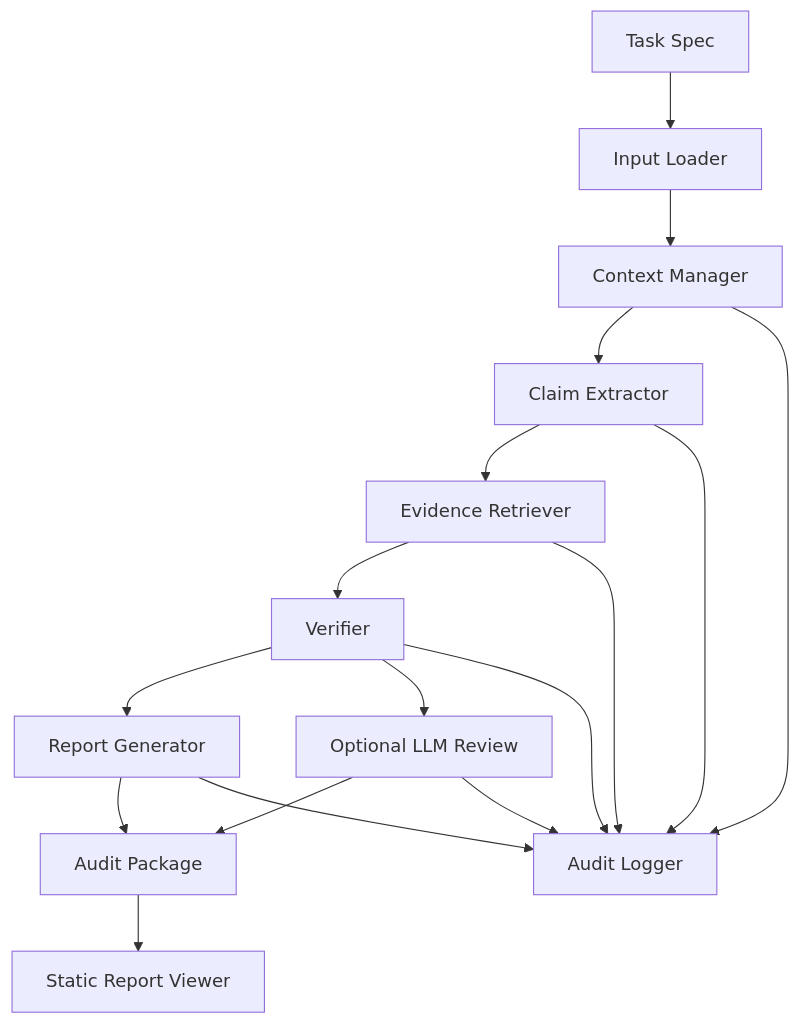
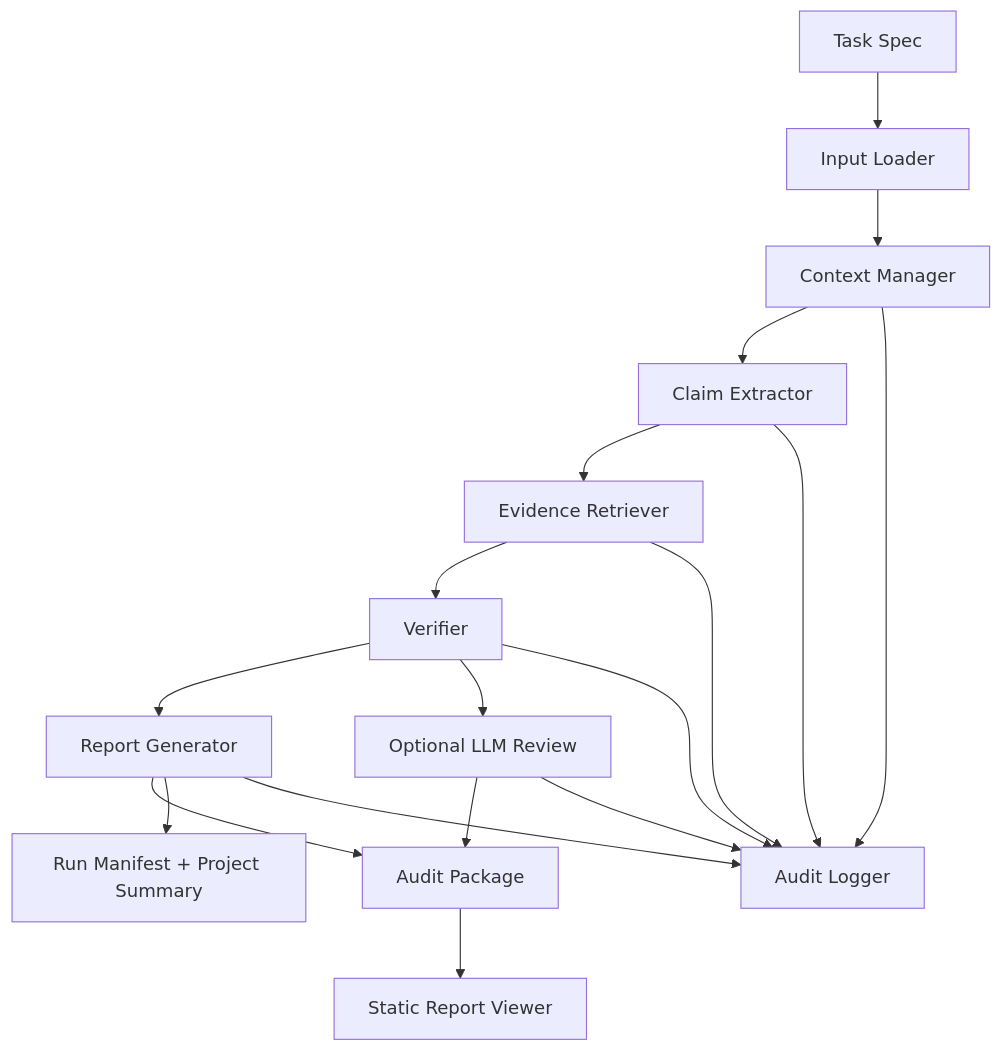
The diagram in docs/architecture.md (RubyYii/ClaimHarness), drawn with Mermaid before and after one commit. The commit also changed other lines of this file and 76 other files, not shown here.

````diff
--- a/docs/architecture.md
+++ b/docs/architecture.md
@@ -7,19 +7,20 @@
 ```mermaid
 flowchart TD
     A["Task Spec"] --> B["Input Loader"]
     B --> C["Context Manager"]
     C --> D["Claim Extractor"]
     D --> E["Evidence Retriever"]
     E --> F["Verifier"]
     F --> G["Report Generator"]
     G --> H["Audit Package"]
+    G --> L["Run Manifest + Project Summary"]
     F --> J["Optional LLM Review"]
     J --> H
     H --> K["Static Report Viewer"]
     C --> I["Audit Logger"]
     D --> I
     E --> I
     F --> I
     G --> I
     J --> I
 ```
````
